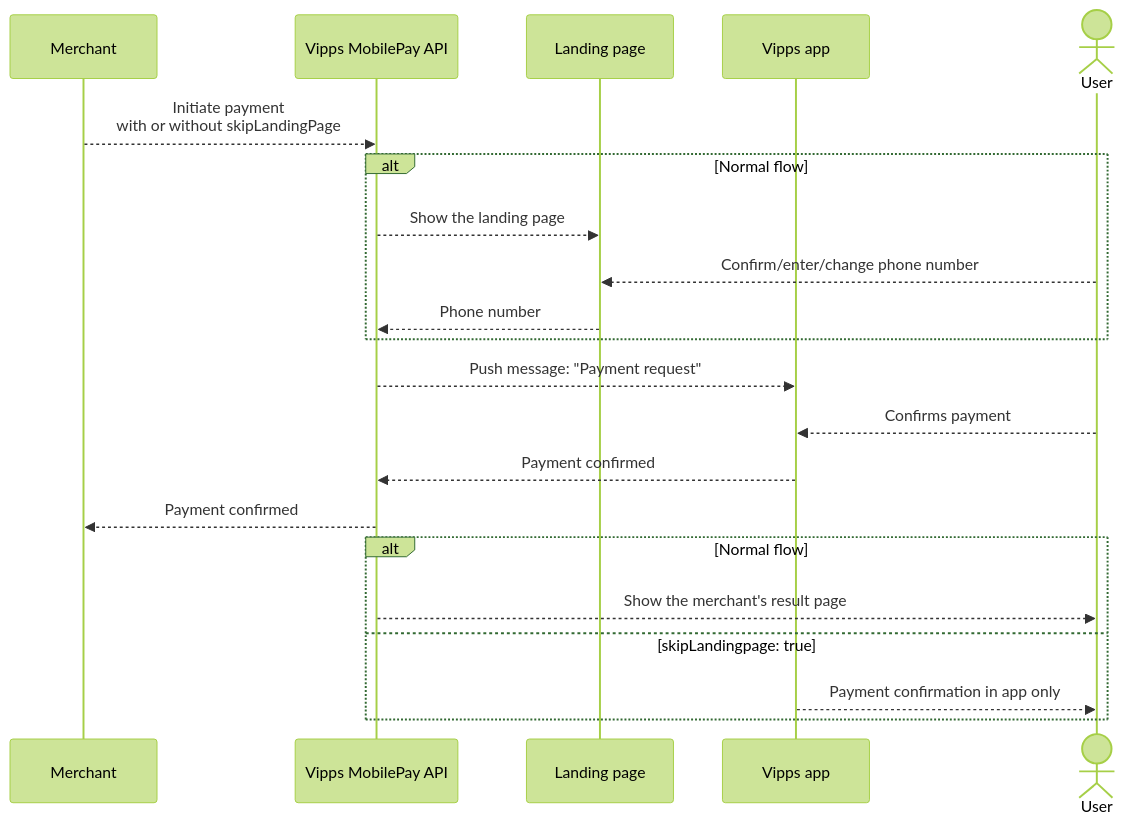
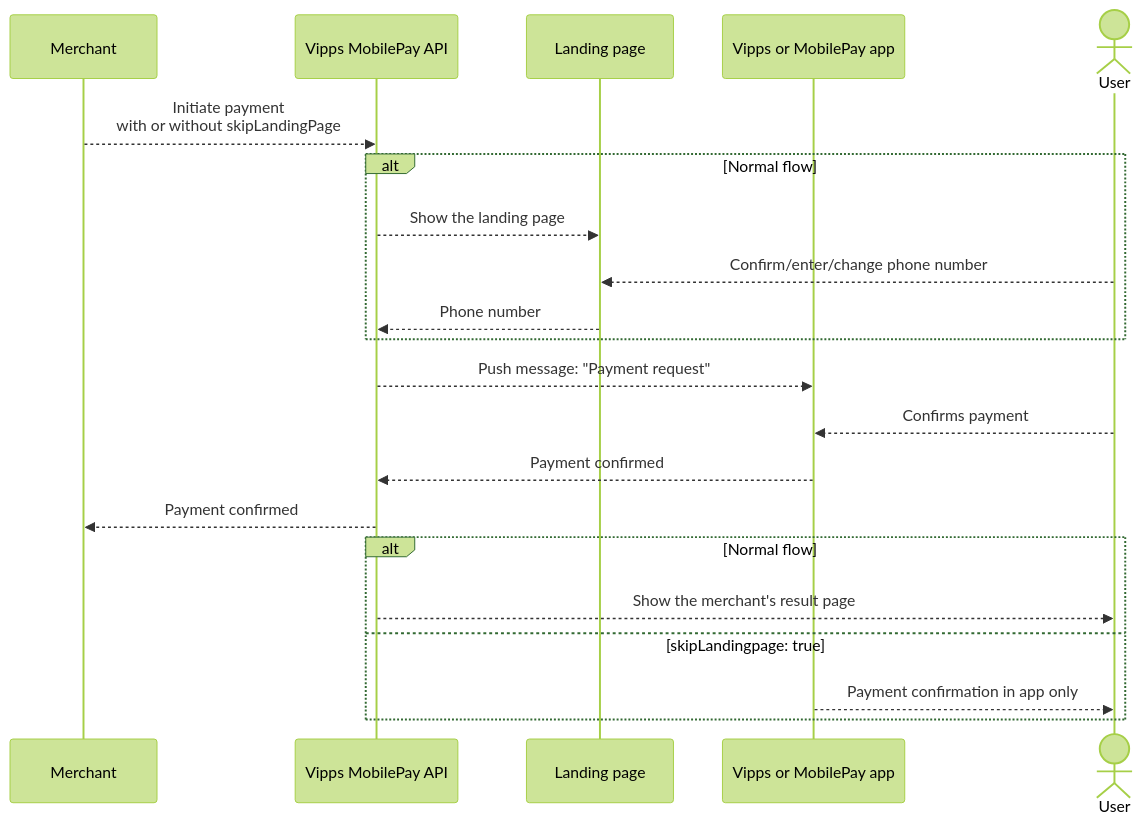
Before and after one commit to vippsas/vipps-developers: the diagram in common-topics/landing-page.md, drawn with Mermaid (forest theme). The commit also changed other lines of this file and 53 other files, not shown here.

````diff
--- a/common-topics/landing-page.md
+++ b/common-topics/landing-page.md
@@ -148,23 +141,23 @@
 ```mermaid
 sequenceDiagram
     participant M as Merchant
     participant API as Vipps MobilePay API
     participant LP as Landing page
-    participant App as Vipps app
+    participant App as Vipps or MobilePay app
     actor U as User
     M-->>API: Initiate payment<br/>with or without skipLandingPage
     alt Normal flow
         API-->>LP: Show the landing page
         U-->>LP: Confirm/enter/change phone number
         LP-->>API: Phone number
     end
     API-->>App: Push message: "Payment request"
     U-->>App: Confirms payment
     App-->>API: Payment confirmed
     API-->>M: Payment confirmed
     alt Normal flow
         API-->>U: Show the merchant's result page
     else skipLandingpage: true
         App-->>U: Payment confirmation in app only
     end
 ```
````
